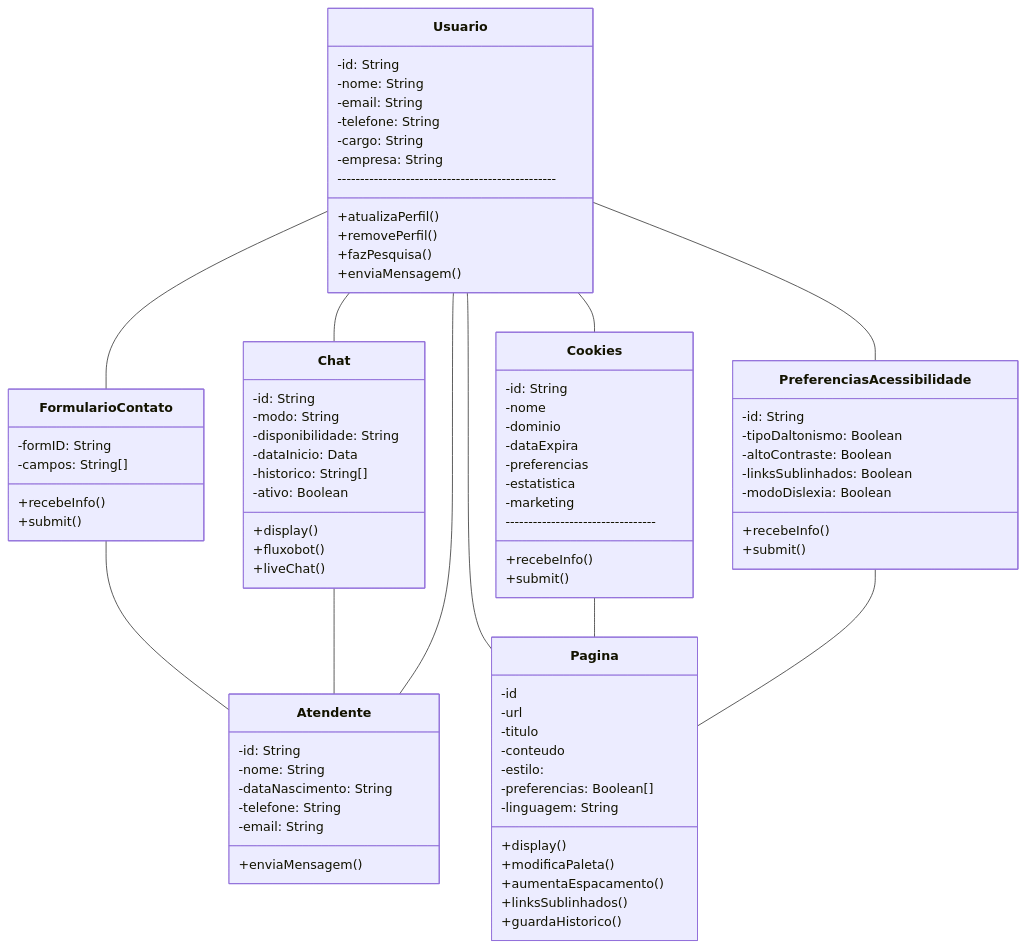
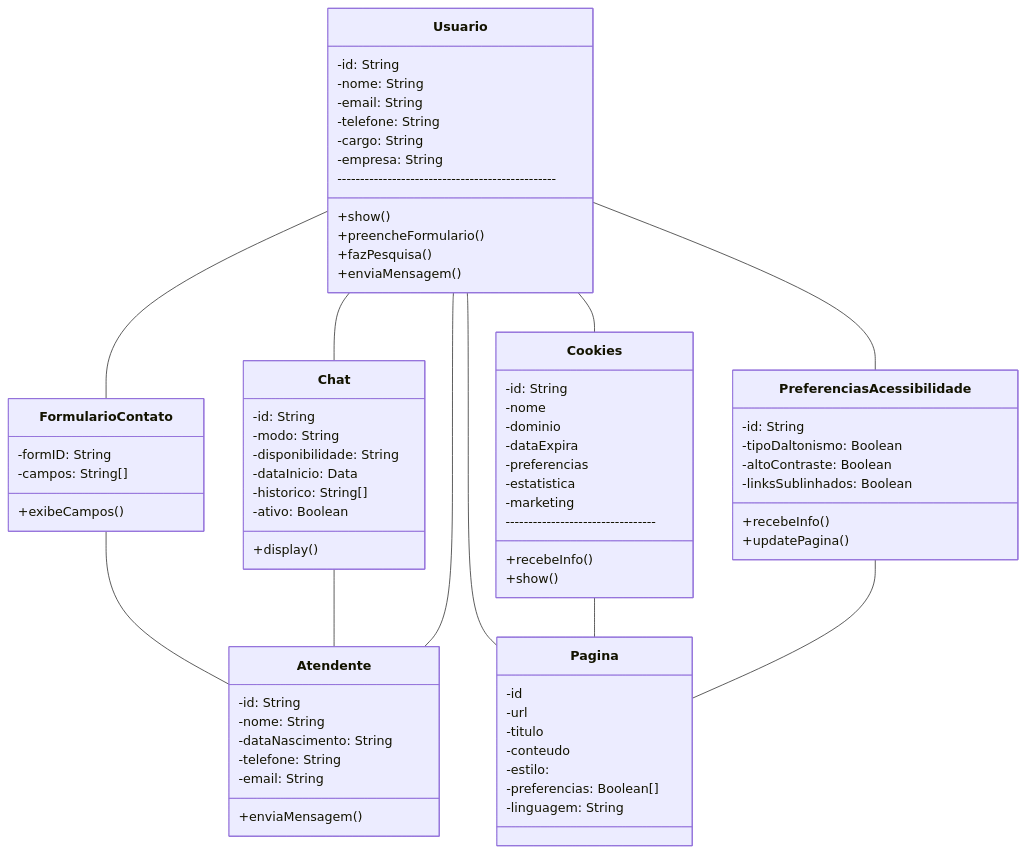
Before and after one commit to eduardofuncao/SalesPop: the diagram in entregaJava/classdiagram.md, drawn with Mermaid. The commit also changed 3 other files, not shown here.

Commit message:
atualiza diagrama de classes de acordo com programa java

````diff
--- a/entregaJava/classdiagram.md
+++ b/entregaJava/classdiagram.md
@@ -1,5 +1,4 @@
 ```mermaid
-
 classDiagram
     direction TB
     class Usuario {
@@ -10,10 +9,11 @@
         -cargo: String
         -empresa: String
         ------------------------------------------------
-        +atualizaPerfil()
-        +removePerfil()
+        +show()
+        +preencheFormulario()
         +fazPesquisa()
         +enviaMensagem()
+
 
     }
 
@@ -29,8 +29,7 @@
     class FormularioContato {
         -formID: String
         -campos: String[]
-        +recebeInfo()
-        +submit()
+        +exibeCampos()
     }
 
     class PreferenciasAcessibilidade {
@@ -38,9 +37,8 @@
         -tipoDaltonismo: Boolean
         -altoContraste: Boolean
         -linksSublinhados: Boolean
-        -modoDislexia: Boolean
         +recebeInfo()
-        +submit()
+        +updatePagina()
     }
 
     class Chat {
@@ -51,8 +49,6 @@
         -historico: String[]
         -ativo: Boolean
         +display()
-        +fluxobot()
-        +liveChat()
     }
 
     class Pagina {
@@ -63,11 +59,6 @@
         -estilo: 
         -preferencias: Boolean[]
         -linguagem: String
-        +display()
-        +modificaPaleta()
-        +aumentaEspacamento()
-        +linksSublinhados()
-        +guardaHistorico()
     }
 
     class Cookies {
@@ -79,7 +70,7 @@
         -estatistica
         -marketing
         +recebeInfo()
-        +submit()
+        +show()
         ---------------------------------
     }
 
@@ -95,5 +86,4 @@
 
     Cookies -- Pagina
     PreferenciasAcessibilidade -- Pagina
-
 ```
````
